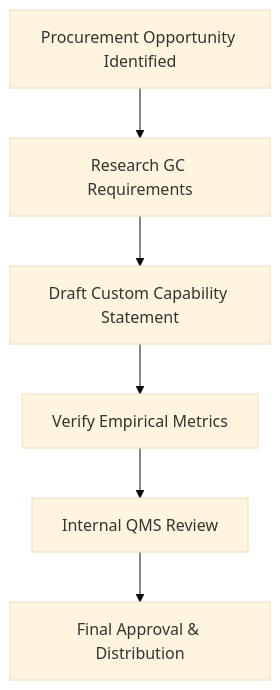
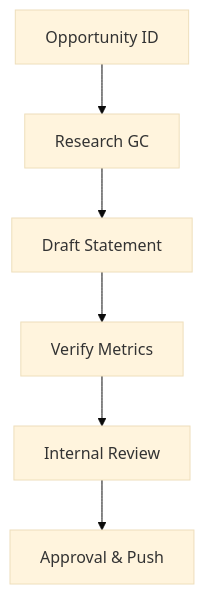
Before and after one commit to Humbertoed11/hwb-institutional-website: the diagram in HWB-COMPANY/HWB-SALES-MARKETING/HWB-MKT-001 Capability Statement SOP.md, drawn with Mermaid (base theme). The commit also changed other lines of this file and 236 other files, not shown here.

````diff
--- a/HWB-COMPANY/HWB-SALES-MARKETING/HWB-MKT-001 Capability Statement SOP.md
+++ b/HWB-COMPANY/HWB-SALES-MARKETING/HWB-MKT-001 Capability Statement SOP.md
@@ -46,8 +37,8 @@
 ```mermaid
 graph TD
-    A[Procurement Opportunity Identified] --> B[Research GC Requirements]
-    B --> C[Draft Custom Capability Statement]
-    C --> D[Verify Empirical Metrics]
-    D --> E[Internal QMS Review]
-    E --> F[Final Approval & Distribution]
+    A[Opportunity ID] --> B[Research GC]
+    B --> C[Draft Statement]
+    C --> D[Verify Metrics]
+    D --> E[Internal Review]
+    E --> F[Approval & Push]
 ```
````
